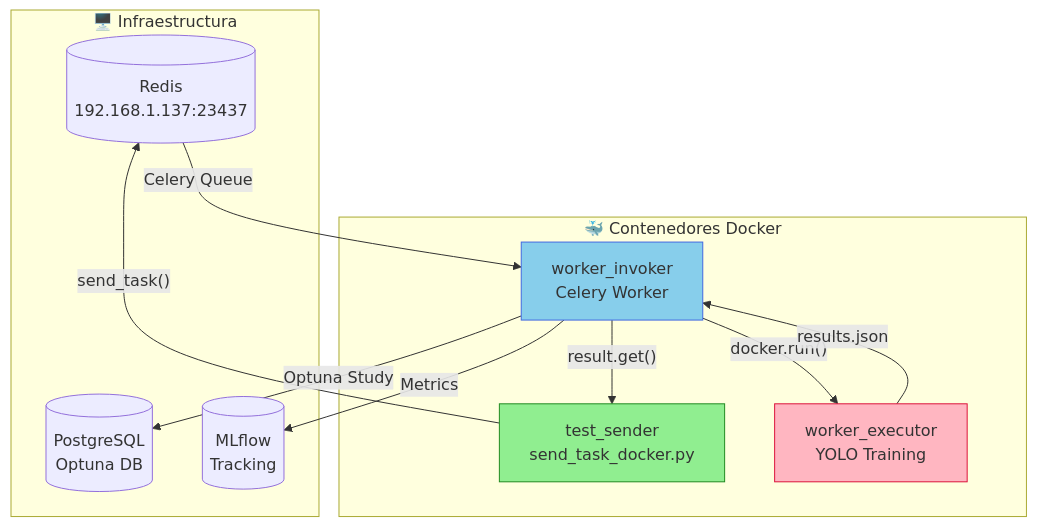
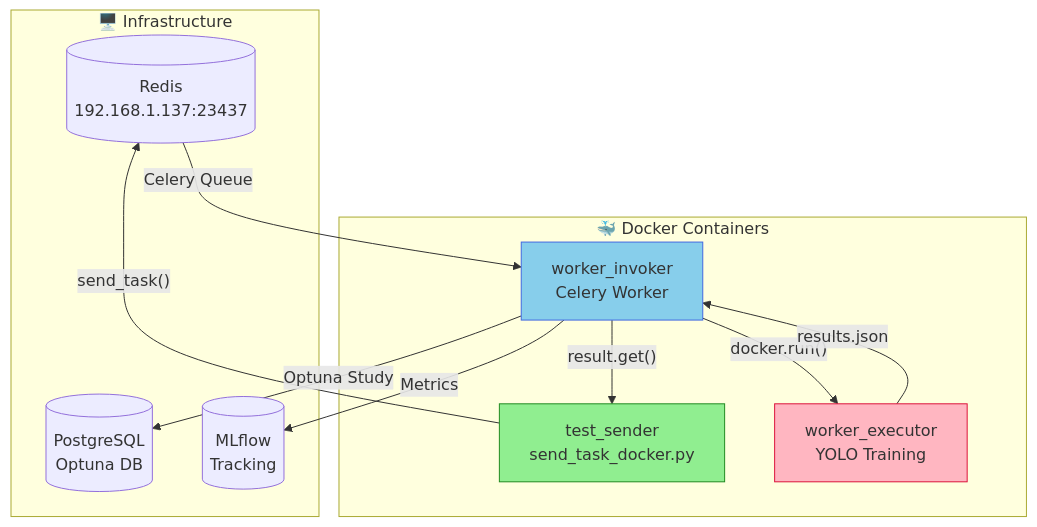
Before and after one commit to wisrovi/wyoloservice2_invoker: the first of 4 diagrams in test_manual/README.md, drawn with Mermaid. The commit also changed other lines of this file and 26 other files, not shown here.

````diff
--- a/test_manual/README.md
+++ b/test_manual/README.md
@@ -22,27 +22,27 @@
 ```mermaid
 flowchart TB
-    subgraph INFRASTRUCTURE["🖥️ Infraestructura"]
+    subgraph INFRASTRUCTURE["🖥️ Infrastructure"]
         Redis[(Redis<br/>192.168.1.137:23437)]
         Optuna[(PostgreSQL<br/>Optuna DB)]
         MLflow[(MLflow<br/>Tracking)]
     end
 
-    subgraph CONTAINERS["🐳 Contenedores Docker"]
+    subgraph CONTAINERS["🐳 Docker Containers"]
         Sender[test_sender<br/>send_task_docker.py]
         WorkerInv[worker_invoker<br/>Celery Worker]
         Executor[worker_executor<br/>YOLO Training]
     end
 
     Sender -->|"send_task()"| Redis
     Redis -->|"Celery Queue"| WorkerInv
     WorkerInv -->|"docker.run()"| Executor
     Executor -->|"results.json"| WorkerInv
     WorkerInv -->|"result.get()"| Sender
 
     WorkerInv -->|"Optuna Study"| Optuna
     WorkerInv -->|"Metrics"| MLflow
 
     style Sender fill:#90EE90,stroke:#228B22
     style WorkerInv fill:#87CEEB,stroke:#4169E1
     style Executor fill:#FFB6C1,stroke:#DC143C
 ```
````
